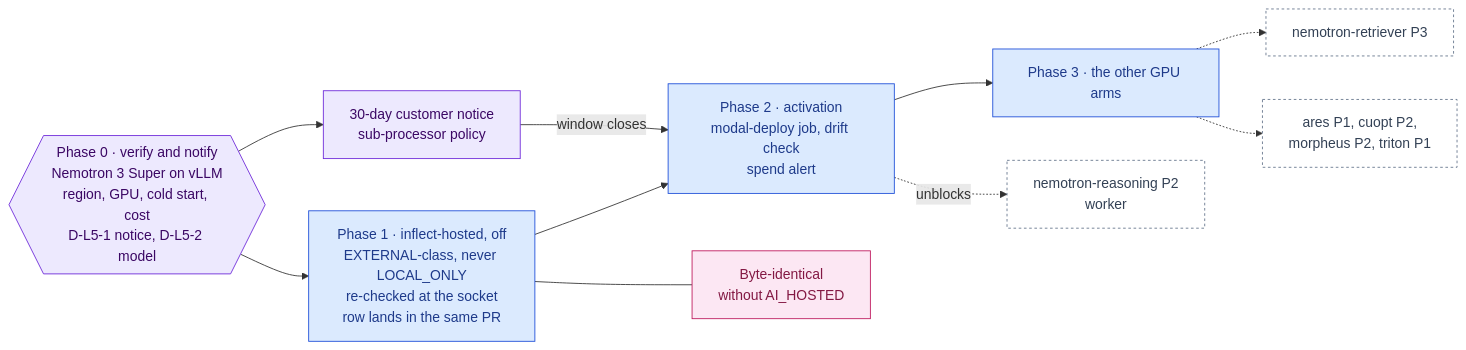
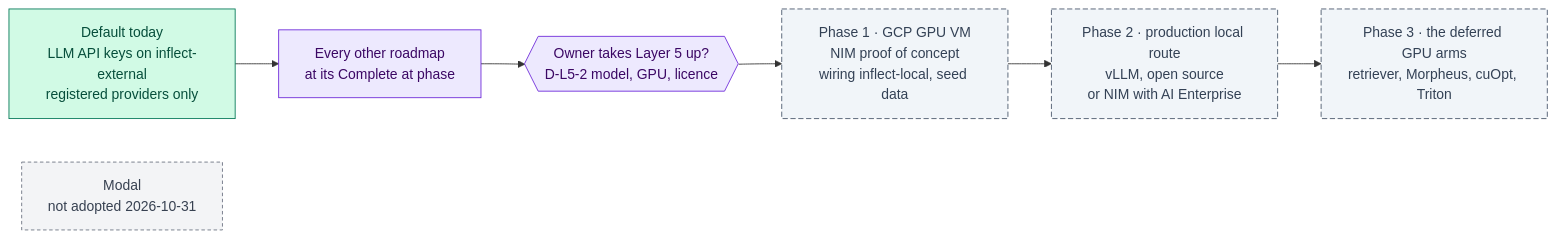
Before and after one commit to RodnaPamet/inflect-compliance: the diagram in docs/ai-architecture/modal-inference.md, drawn with Mermaid. The commit also changed other lines of this file and 21 other files, not shown here.

First line of the commit message:
docs(ai-architecture): the roadmap is complete without Layer 5; models through API keys

````diff
--- a/docs/ai-architecture/modal-inference.md
+++ b/docs/ai-architecture/modal-inference.md
@@ -31,25 +34,16 @@
 ```mermaid
 flowchart LR
-  P0{{"Phase 0 · verify and notify<br/>Nemotron 3 Super on vLLM<br/>region, GPU, cold start, cost<br/>D-L5-1 notice, D-L5-2 model"}}:::gate
-  N30["30-day customer notice<br/>sub-processor policy"]:::gate
-  P1["Phase 1 · inflect-hosted, off<br/>EXTERNAL-class, never LOCAL_ONLY<br/>re-checked at the socket<br/>row lands in the same PR"]:::todo
-  P2["Phase 2 · activation<br/>modal-deploy job, drift check<br/>spend alert"]:::todo
-  P3["Phase 3 · the other GPU arms"]:::todo
-  NR["nemotron-reasoning P2<br/>worker"]:::ext
-  RT["nemotron-retriever P3"]:::ext
-  OTH["ares P1, cuopt P2,<br/>morpheus P2, triton P1"]:::ext
-  OPT["Byte-identical<br/>without AI_HOSTED"]:::eval
-  P0 --> P1 --> P2 --> P3
-  P0 --> N30 -->|window closes| P2
-  P2 -.->|unblocks| NR
-  P3 -.-> RT
-  P3 -.-> OTH
-  P1 --- OPT
+  API["Default today<br/>LLM API keys on inflect-external<br/>registered providers only"]:::done
+  ALL["Every other roadmap<br/>at its Complete at phase"]:::gate
+  TAKE{{"Owner takes Layer 5 up?<br/>D-L5-2 model, GPU, licence"}}:::gate
+  POC["Phase 1 · GCP GPU VM<br/>NIM proof of concept<br/>wiring inflect-local, seed data"]:::optional
+  PROD["Phase 2 · production local route<br/>vLLM, open source<br/>or NIM with AI Enterprise"]:::optional
+  ARMS["Phase 3 · the deferred GPU arms<br/>retriever, Morpheus, cuOpt, Triton"]:::optional
+  MOD["Modal<br/>not adopted 2026-10-31"]:::declined
+  API --> ALL --> TAKE --> POC --> PROD --> ARMS
 
   classDef done fill:#d1fae5,stroke:#047857,color:#064e3b
-  classDef todo fill:#dbeafe,stroke:#1d4ed8,color:#1e3a8a
   classDef gate fill:#ede9fe,stroke:#6d28d9,color:#3b0764
-  classDef ext fill:#ffffff,stroke:#64748b,color:#334155,stroke-dasharray:3 3
-  classDef eval fill:#fce7f3,stroke:#be185d,color:#831843
+  classDef optional fill:#f1f5f9,stroke:#475569,color:#334155,stroke-dasharray:6 3
   classDef declined fill:#f3f4f6,stroke:#6b7280,color:#374151,stroke-dasharray:4 3
 ```
````
